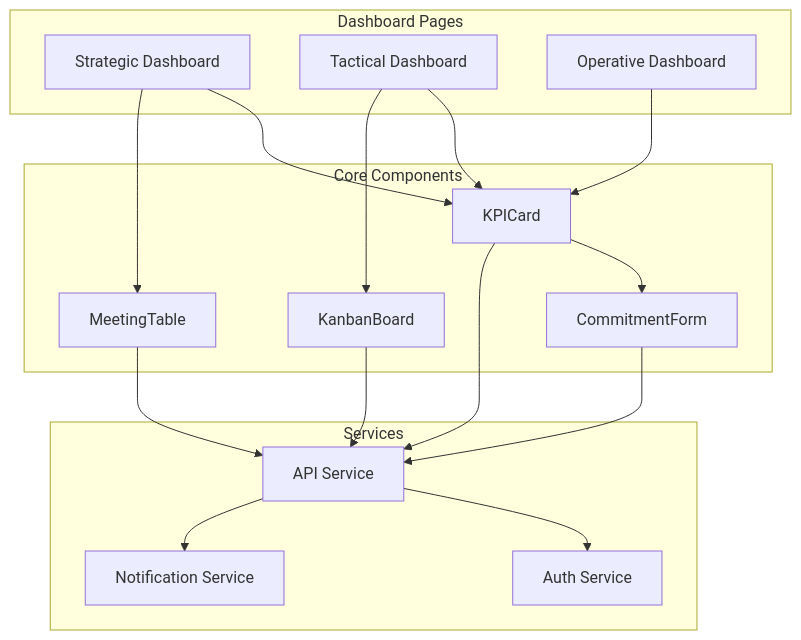
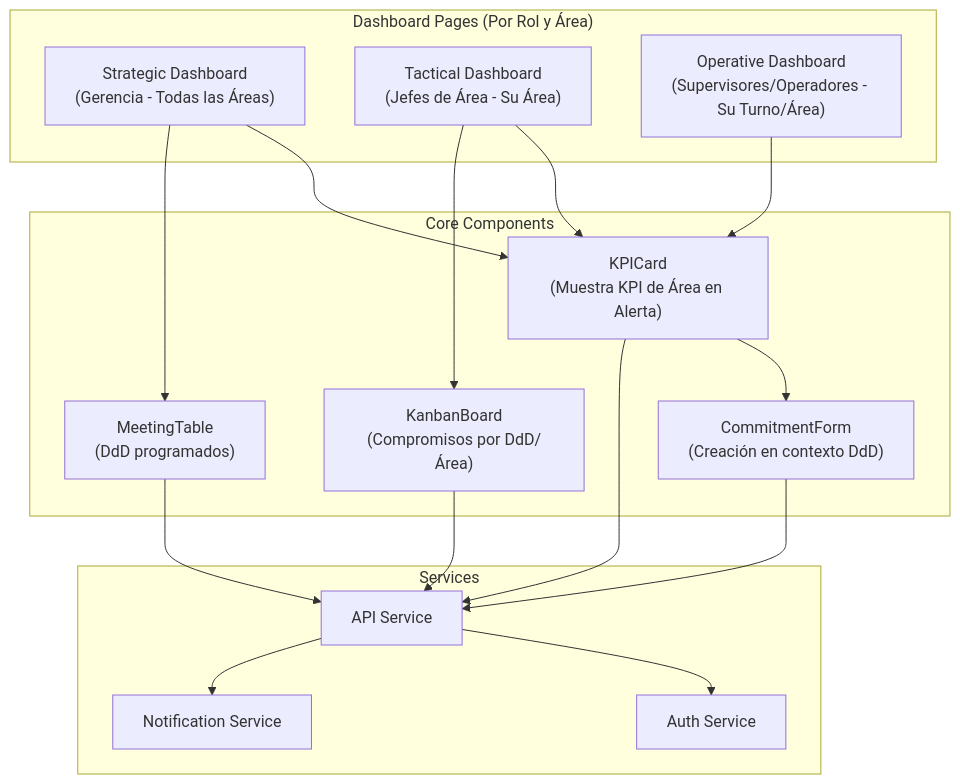
The third of 6 diagrams in readmeEjecutivo.md (ColDev-Colivoro/Proyecto-Estandarizaci-n-normalizacion-Nutrisco), drawn with Mermaid before and after one commit. The commit also changed other lines of this file and 2 other files, not shown here.

Commit message:
refactor: update README and executive documents to clarify KPI management by area and enhance DdD context

````diff
--- a/readmeEjecutivo.md
+++ b/readmeEjecutivo.md
@@ -212,36 +231,36 @@
 ```mermaid
 graph TB
-  subgraph "Dashboard Pages"
-    SD["Strategic Dashboard"]
-    TD["Tactical Dashboard"]
-    OD["Operative Dashboard"]
+  subgraph "Dashboard Pages (Por Rol y Área)"
+    SD["Strategic Dashboard<br/>(Gerencia - Todas las Áreas)"]
+    TD["Tactical Dashboard<br/>(Jefes de Área - Su Área)"]
+    OD["Operative Dashboard<br/>(Supervisores/Operadores - Su Turno/Área)"]
   end
   
   subgraph "Core Components"
-    KC["KPICard"]
-    CF["CommitmentForm"]
-    KB["KanbanBoard"]
-    MT["MeetingTable"]
+    KC["KPICard<br/>(Muestra KPI de Área en Alerta)"]
+    CF["CommitmentForm<br/>(Creación en contexto DdD)"]
+    KB["KanbanBoard<br/>(Compromisos por DdD/Área)"]
+    MT["MeetingTable<br/>(DdD programados)"]
   end
   
   subgraph "Services"
     API["API Service"]
     AUTH["Auth Service"]
     NOTIF["Notification Service"]
   end
   
   SD --> KC
   TD --> KC
   OD --> KC
   KC --> CF
   TD --> KB
   SD --> MT
   
   KC --> API
   CF --> API
   KB --> API
   MT --> API
   
   API --> AUTH
   API --> NOTIF
 ```
````
